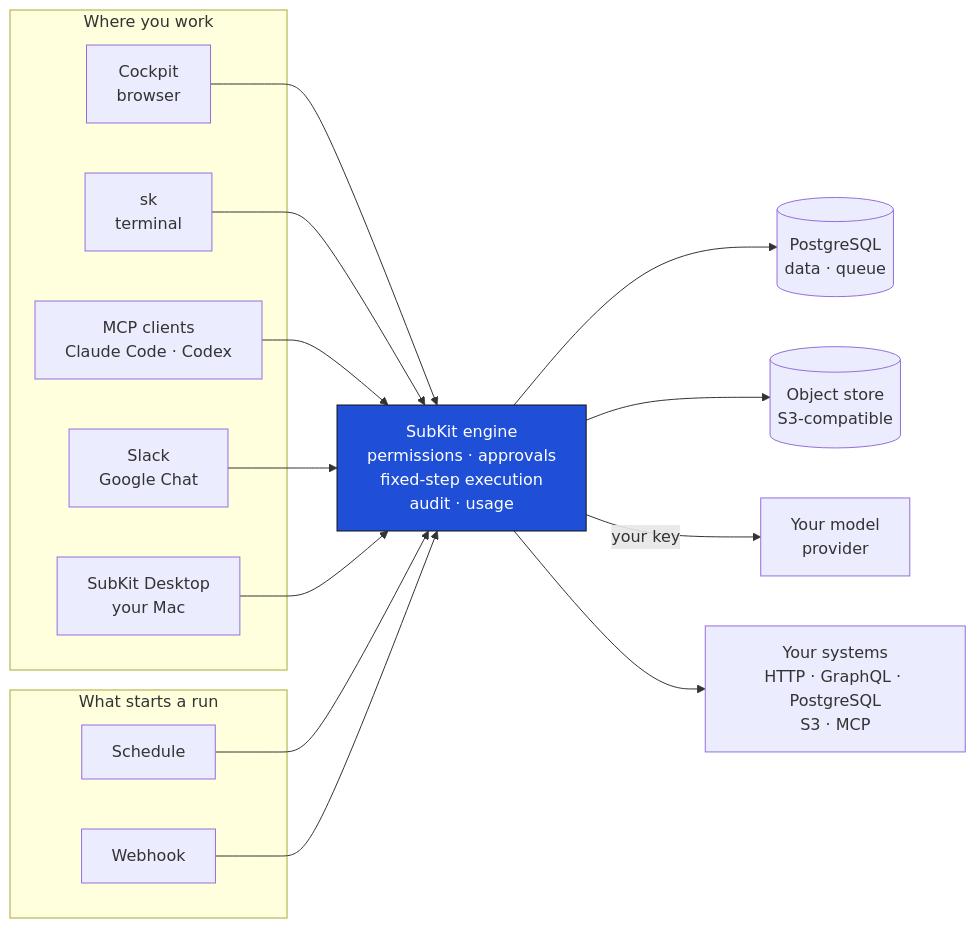
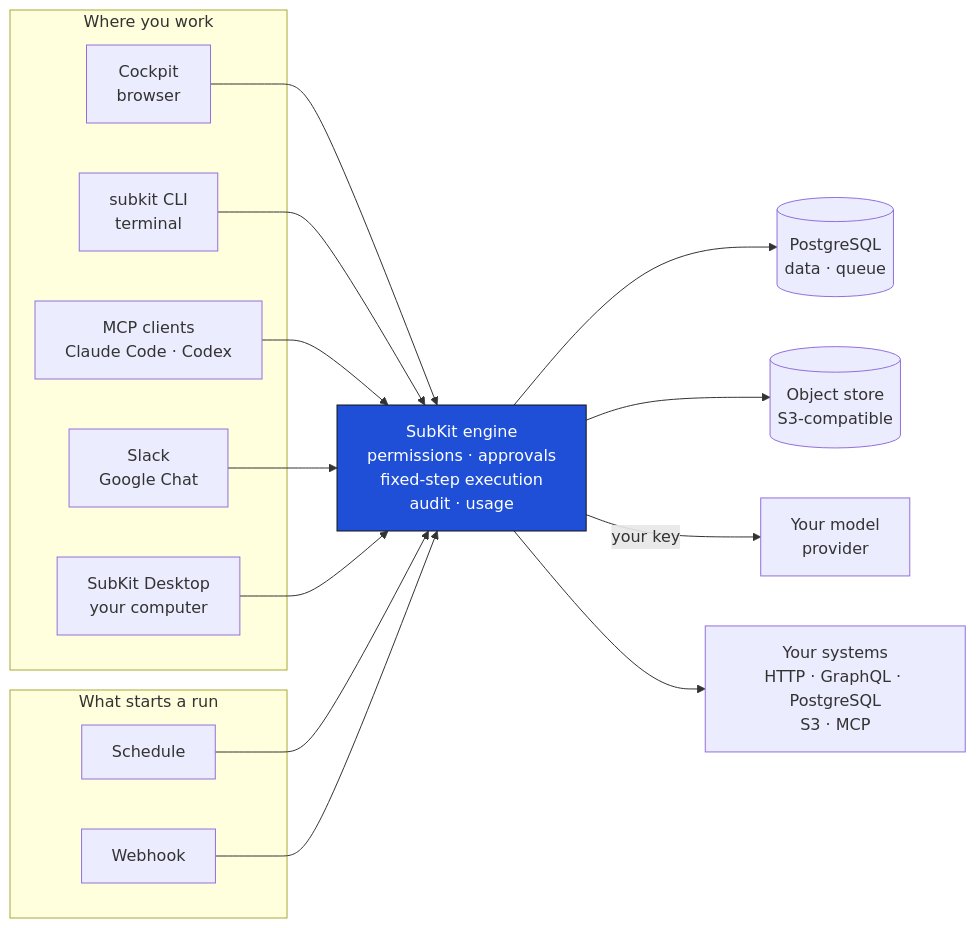
One commit to MikeBild/subkit changed the first of 3 diagrams in README.md. Above: the diagram before and after it, drawn with Mermaid. The commit also changed other lines of this file and 1889 other files, not shown here.

Commit message:
feat(user)!: windows desktop, subkit cli, clipper in store, hardening

````diff
--- a/README.md
+++ b/README.md
@@ -133,27 +216,27 @@
 ```mermaid
 flowchart LR
   subgraph you["Where you work"]
     cockpit["Cockpit<br/>browser"]
-    sk["sk<br/>terminal"]
+    subkit["subkit CLI<br/>terminal"]
     mcp["MCP clients<br/>Claude Code · Codex"]
     chat["Slack<br/>Google Chat"]
-    desktop["SubKit Desktop<br/>your Mac"]
+    desktop["SubKit Desktop<br/>your computer"]
   end
   subgraph start["What starts a run"]
     schedule["Schedule"]
     webhook["Webhook"]
   end
   engine["SubKit engine<br/>permissions · approvals<br/>fixed-step execution<br/>audit · usage"]:::brand
   cockpit --> engine
-  sk --> engine
+  subkit --> engine
   mcp --> engine
   chat --> engine
   desktop --> engine
   schedule --> engine
   webhook --> engine
   engine --> db[("PostgreSQL<br/>data · queue")]
   engine --> store[("Object store<br/>S3-compatible")]
   engine -- "your key" --> model["Your model<br/>provider"]
   engine --> systems["Your systems<br/>HTTP · GraphQL · PostgreSQL<br/>S3 · MCP"]
   classDef brand fill:#1E4FD6,stroke:#141414,color:#ffffff
 ```
````
